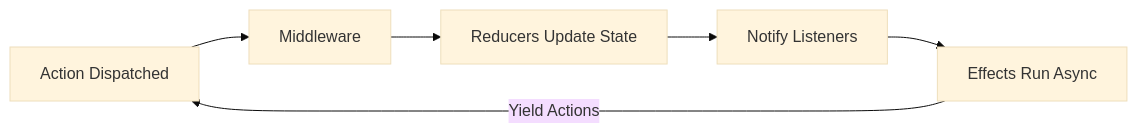
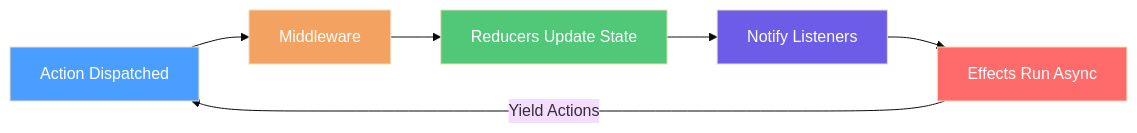
The diagram in docs/Docusaurus/docs/client-state-management/effects.md (Gibbs-Morris/mississippi), drawn with Mermaid (base theme) before and after one commit. The commit also changed other lines of this file and 8 other files, not shown here.

````diff
--- a/docs/Docusaurus/docs/client-state-management/effects.md
+++ b/docs/Docusaurus/docs/client-state-management/effects.md
@@ -36,8 +38,14 @@
 ```mermaid
 flowchart LR
     A[Action Dispatched] --> B[Middleware]
     B --> C[Reducers Update State]
     C --> D[Notify Listeners]
     D --> E[Effects Run Async]
     E -->|Yield Actions| A
+    
+    style A fill:#4a9eff,color:#fff
+    style B fill:#f4a261,color:#fff
+    style C fill:#50c878,color:#fff
+    style D fill:#6c5ce7,color:#fff
+    style E fill:#ff6b6b,color:#fff
 ```
````
